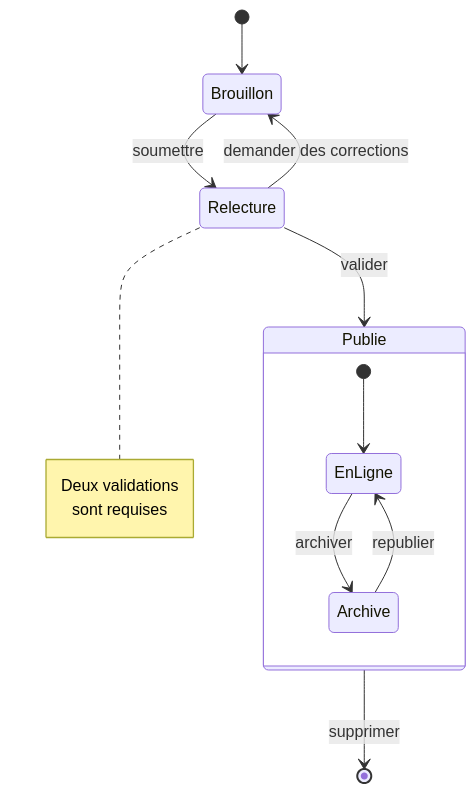
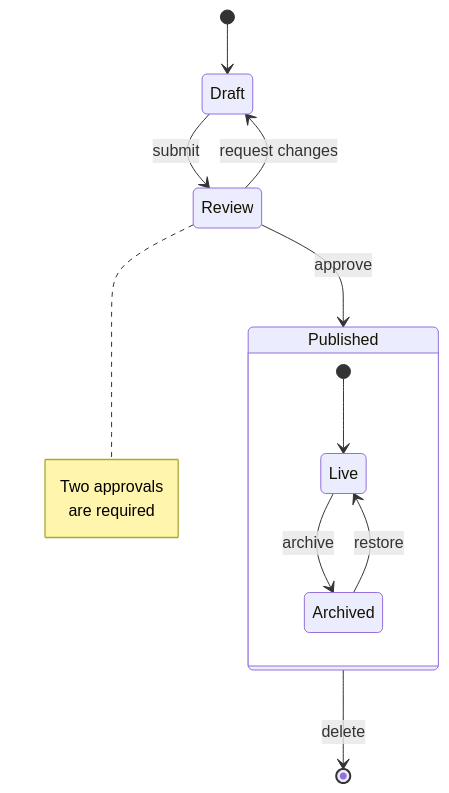
The seventh of 25 diagrams in docs/mermaid-diagrams.mdx (InnovateIt-ak/docusaurus), drawn with Mermaid before and after one commit. The commit also changed other lines of this file, not shown here.

First line of the commit message:
Translate the Mermaid reference page to English

````diff
--- a/docs/mermaid-diagrams.mdx
+++ b/docs/mermaid-diagrams.mdx
@@ -306,21 +304,21 @@
 ```mermaid
 stateDiagram-v2
-    [*] --> Brouillon
+    [*] --> Draft
 
-    Brouillon --> Relecture : soumettre
-    Relecture --> Brouillon : demander des corrections
-    Relecture --> Publie : valider
+    Draft --> Review : submit
+    Review --> Draft : request changes
+    Review --> Published : approve
 
-    state Publie {
-        [*] --> EnLigne
-        EnLigne --> Archive : archiver
-        Archive --> EnLigne : republier
+    state Published {
+        [*] --> Live
+        Live --> Archived : archive
+        Archived --> Live : restore
     }
 
-    Publie --> [*] : supprimer
+    Published --> [*] : delete
 
-    note right of Relecture
-        Deux validations
-        sont requises
+    note right of Review
+        Two approvals
+        are required
     end note
 ```
````
